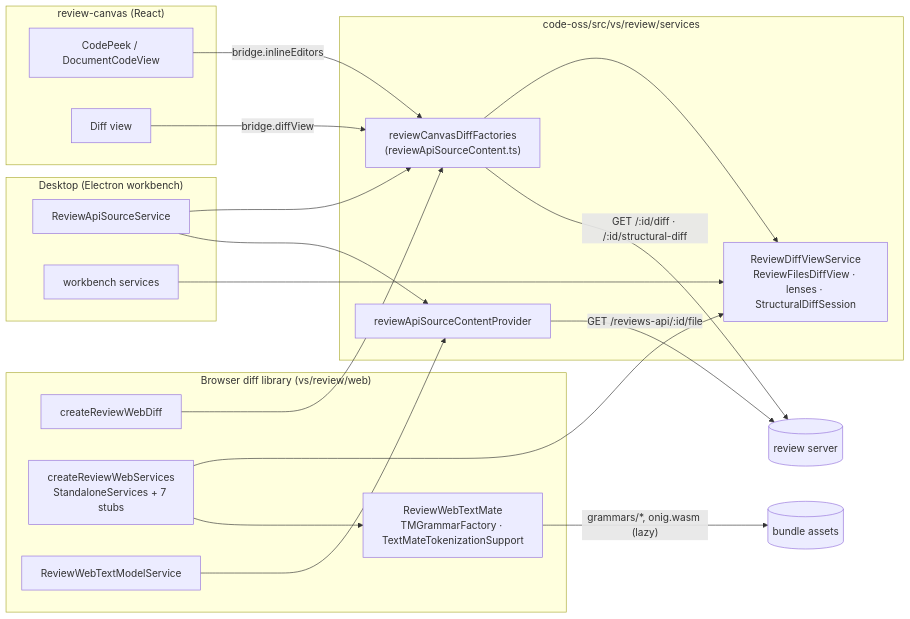
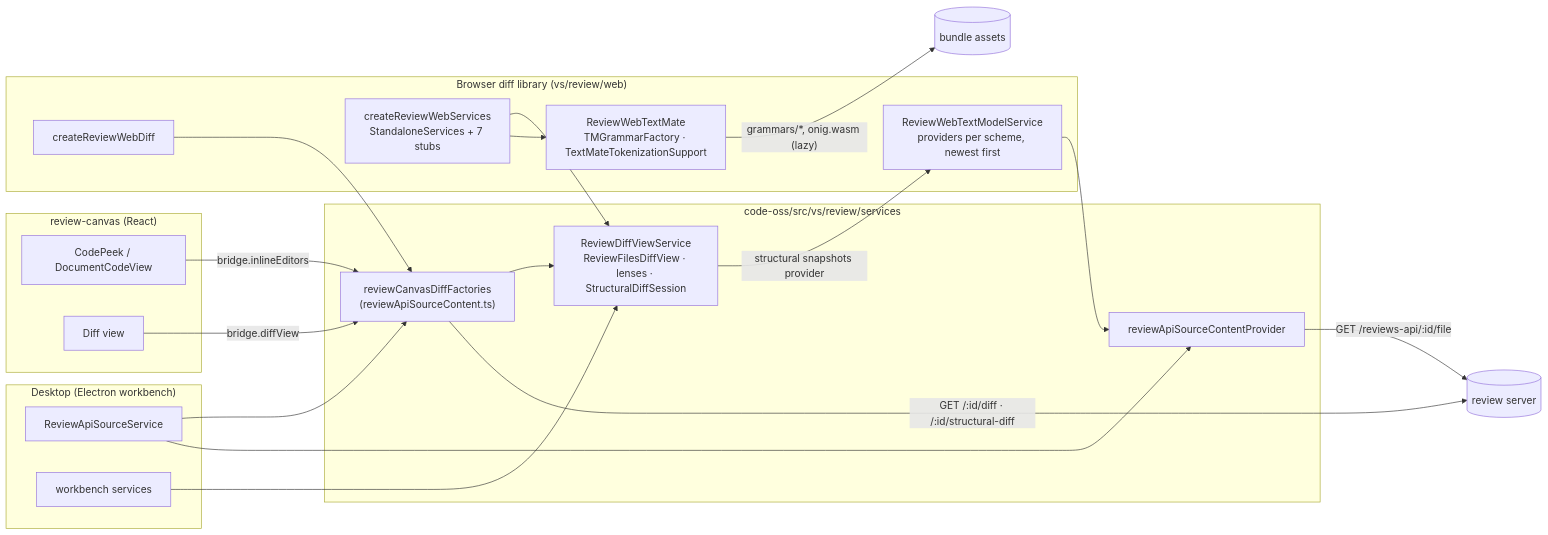
One commit to BlakeDanielFederal/whiteboard changed the first of 5 diagrams in docs/architecture.md. Above: the diagram before and after it, drawn with Mermaid. The commit also changed other lines of this file, not shown here.

Commit message:
Show stacked content providers and the image's map flag and OpenCode in the architecture diagrams

````diff
--- a/docs/architecture.md
+++ b/docs/architecture.md
@@ -10,41 +10,42 @@
 ```mermaid
 flowchart LR
   subgraph canvas["review-canvas (React)"]
     peek["CodePeek / DocumentCodeView"]
     difftab["Diff view"]
   end
 
   peek -- "bridge.inlineEditors" --> factories
   difftab -- "bridge.diffView" --> factories
 
   subgraph shared["code-oss/src/vs/review/services"]
     factories["reviewCanvasDiffFactories<br/>(reviewApiSourceContent.ts)"]
     provider["reviewApiSourceContentProvider"]
     dvs["ReviewDiffViewService<br/>ReviewFilesDiffView · lenses · StructuralDiffSession"]
     factories --> dvs
   end
 
   subgraph desktop["Desktop (Electron workbench)"]
     apisrc["ReviewApiSourceService"]
     wb["workbench services"]
   end
 
   subgraph web["Browser diff library (vs/review/web)"]
     webdiff["createReviewWebDiff"]
     websvc["createReviewWebServices<br/>StandaloneServices + 7 stubs"]
-    tms["ReviewWebTextModelService"]
+    tms["ReviewWebTextModelService<br/>providers per scheme, newest first"]
     tm["ReviewWebTextMate<br/>TMGrammarFactory · TextMateTokenizationSupport"]
   end
 
   apisrc --> factories
   apisrc --> provider
   wb --> dvs
   webdiff --> factories
   websvc --> dvs
   tms --> provider
+  dvs -- "structural snapshots provider" --> tms
   websvc --> tm
   tm -- "grammars/*, onig.wasm (lazy)" --> assets[("bundle assets")]
 
   provider -- "GET /reviews-api/:id/file" --> server[("review server")]
   factories -- "GET /:id/diff · /:id/structural-diff" --> server
 ```
````
